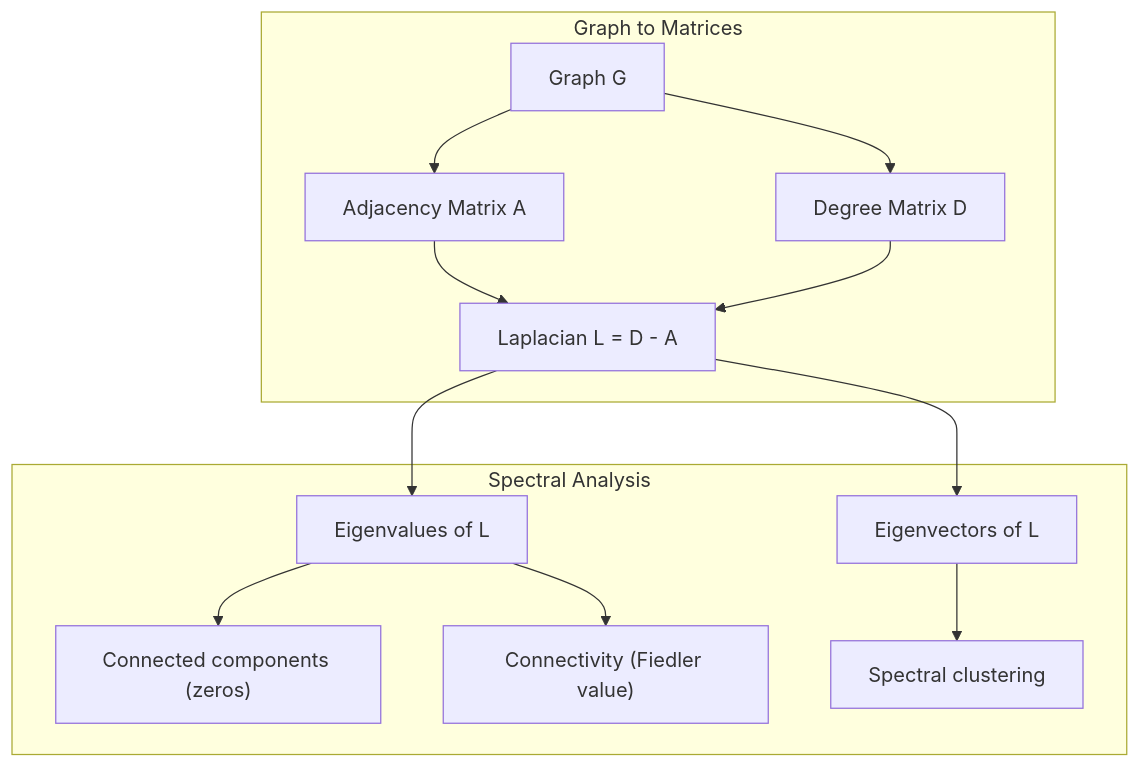
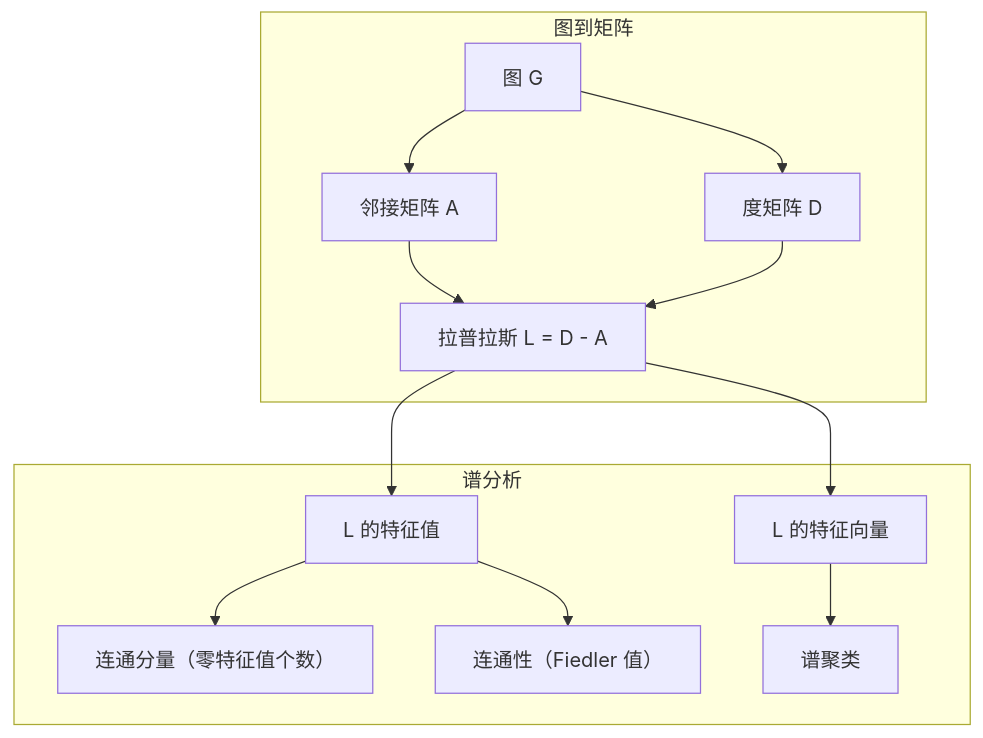
Before and after one commit to omigaZen/ai-engineering-from-scratch: the first of 2 diagrams in phases/01-math-foundations/21-graph-theory/docs/zh.md, drawn with Mermaid. The commit also changed other lines of this file, not shown here.

Commit message:
feat(phase-01/21): polish graph theory text

````diff
--- a/phases/01-math-foundations/21-graph-theory/docs/zh.md
+++ b/phases/01-math-foundations/21-graph-theory/docs/zh.md
@@ -161,16 +161,16 @@
 ```mermaid
 graph TD
-    subgraph "Graph to Matrices"
-        G["Graph G"] --> A["Adjacency Matrix A"]
-        G --> D["Degree Matrix D"]
-        A --> L["Laplacian L = D - A"]
+    subgraph "图到矩阵"
+        G["图 G"] --> A["邻接矩阵 A"]
+        G --> D["度矩阵 D"]
+        A --> L["拉普拉斯 L = D - A"]
         D --> L
     end
-    subgraph "Spectral Analysis"
-        L --> E["Eigenvalues of L"]
-        L --> V["Eigenvectors of L"]
-        E --> C["Connected components (zeros)"]
-        E --> F["Connectivity (Fiedler value)"]
-        V --> S["Spectral clustering"]
+    subgraph "谱分析"
+        L --> E["L 的特征值"]
+        L --> V["L 的特征向量"]
+        E --> C["连通分量（零特征值个数）"]
+        E --> F["连通性（Fiedler 值）"]
+        V --> S["谱聚类"]
     end
 ```
````
